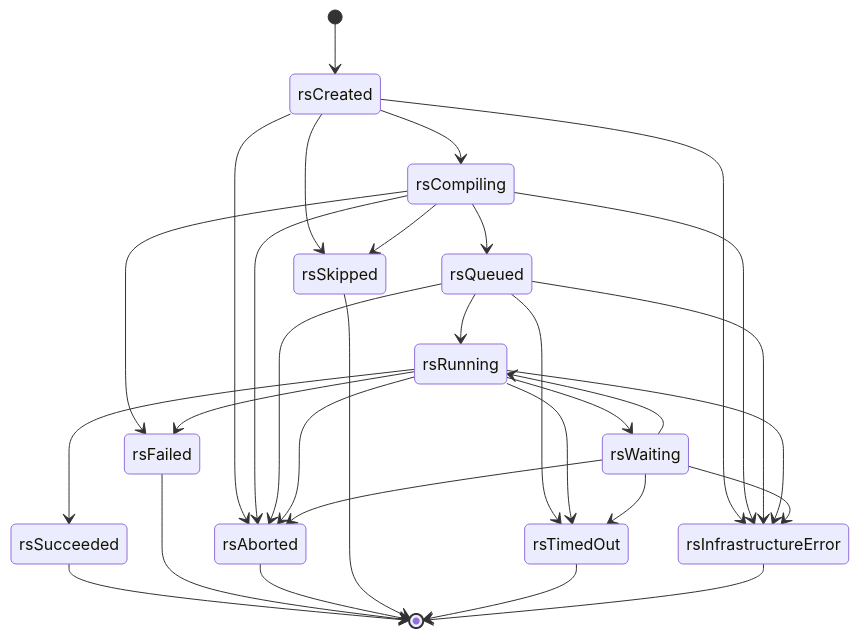
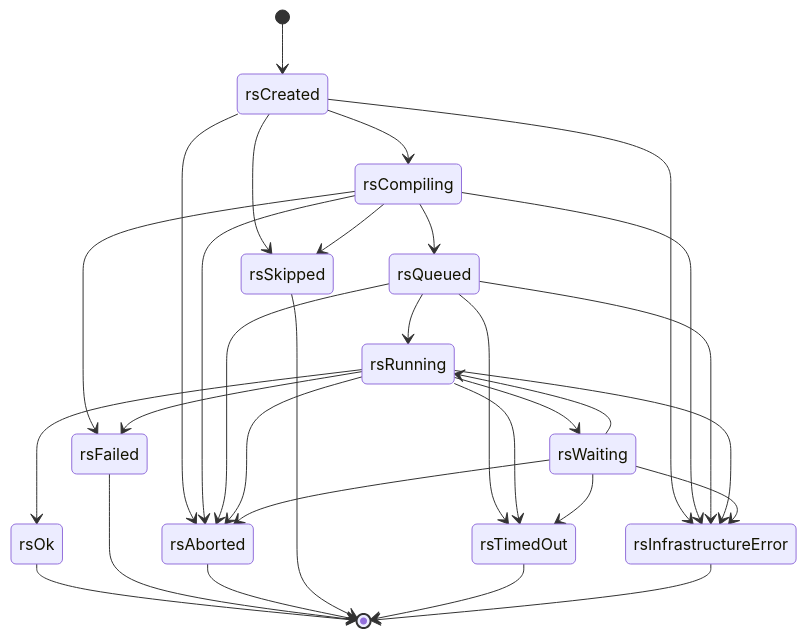
One commit to zystem/CiNim changed the first of 4 diagrams in docs/state-machines.md. Above: the diagram before and after it, drawn with Mermaid. The commit also changed other lines of this file and 67 other files, not shown here.

````diff
--- a/docs/state-machines.md
+++ b/docs/state-machines.md
@@ -10,33 +10,33 @@
 ```mermaid
 stateDiagram-v2
   [*] --> rsCreated
   rsCreated --> rsCompiling
   rsCreated --> rsAborted
   rsCreated --> rsSkipped
   rsCreated --> rsInfrastructureError
   rsCompiling --> rsQueued
   rsCompiling --> rsFailed
   rsCompiling --> rsAborted
   rsCompiling --> rsSkipped
   rsCompiling --> rsInfrastructureError
   rsQueued --> rsRunning
   rsQueued --> rsAborted
   rsQueued --> rsTimedOut
   rsQueued --> rsInfrastructureError
   rsRunning --> rsWaiting
-  rsRunning --> rsSucceeded
+  rsRunning --> rsOk
   rsRunning --> rsFailed
   rsRunning --> rsAborted
   rsRunning --> rsTimedOut
   rsRunning --> rsInfrastructureError
   rsWaiting --> rsRunning
   rsWaiting --> rsAborted
   rsWaiting --> rsTimedOut
   rsWaiting --> rsInfrastructureError
-  rsSucceeded --> [*]
+  rsOk --> [*]
   rsFailed --> [*]
   rsAborted --> [*]
   rsSkipped --> [*]
   rsTimedOut --> [*]
   rsInfrastructureError --> [*]
 ```
````
